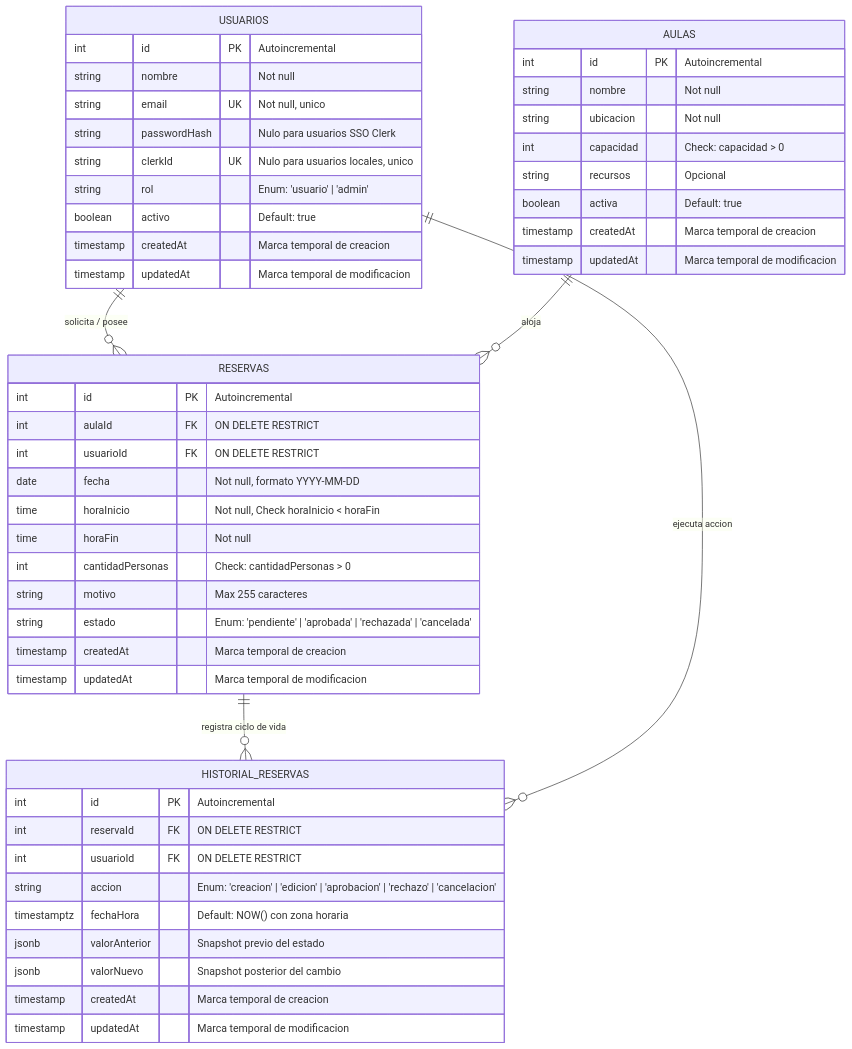
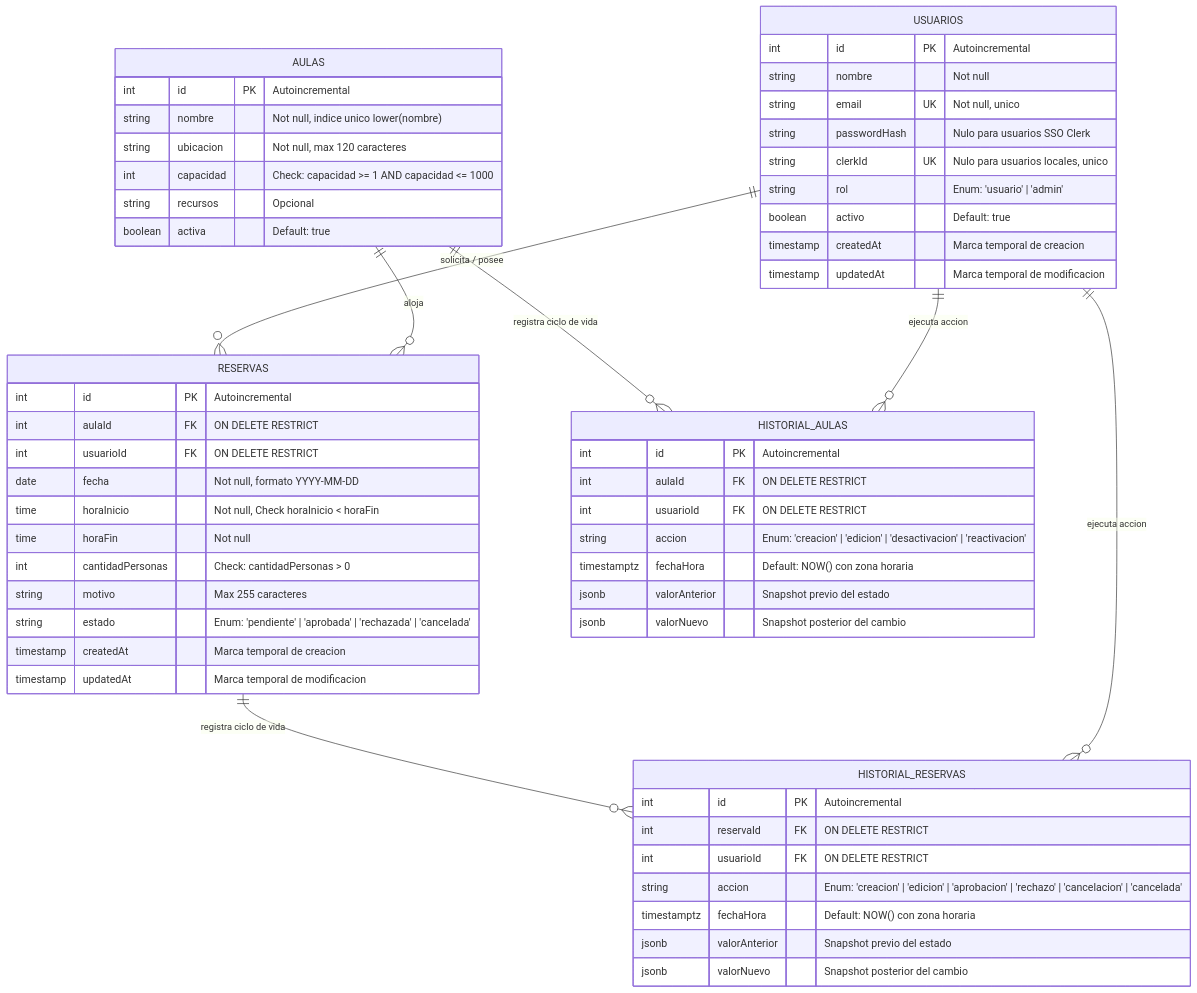
Before and after one commit to GinoPiersigilli/Reservas: the first of 2 diagrams in docs/ARQUITECTURA.md, drawn with Mermaid. The commit also changed other lines of this file and 26 other files, not shown here.

Commit message:
feat(aulas): implementar ABM de aulas para administradores con concurrencia y auditoria

````diff
--- a/docs/ARQUITECTURA.md
+++ b/docs/ARQUITECTURA.md
@@ -81,56 +81,64 @@
 ```mermaid
 erDiagram
     USUARIOS ||--o{ RESERVAS : "solicita / posee"
     AULAS ||--o{ RESERVAS : "aloja"
     RESERVAS ||--o{ HISTORIAL_RESERVAS : "registra ciclo de vida"
     USUARIOS ||--o{ HISTORIAL_RESERVAS : "ejecuta accion"
+    AULAS ||--o{ HISTORIAL_AULAS : "registra ciclo de vida"
+    USUARIOS ||--o{ HISTORIAL_AULAS : "ejecuta accion"
 
     USUARIOS {
         int id PK "Autoincremental"
         string nombre "Not null"
         string email UK "Not null, unico"
         string passwordHash "Nulo para usuarios SSO Clerk"
         string clerkId UK "Nulo para usuarios locales, unico"
         string rol "Enum: 'usuario' | 'admin'"
         boolean activo "Default: true"
         timestamp createdAt "Marca temporal de creacion"
         timestamp updatedAt "Marca temporal de modificacion"
     }
 
     AULAS {
         int id PK "Autoincremental"
-        string nombre "Not null"
-        string ubicacion "Not null"
-        int capacidad "Check: capacidad > 0"
+        string nombre "Not null, indice unico lower(nombre)"
+        string ubicacion "Not null, max 120 caracteres"
+        int capacidad "Check: capacidad >= 1 AND capacidad <= 1000"
         string recursos "Opcional"
         boolean activa "Default: true"
-        timestamp createdAt "Marca temporal de creacion"
-        timestamp updatedAt "Marca temporal de modificacion"
     }
 
     RESERVAS {
         int id PK "Autoincremental"
         int aulaId FK "ON DELETE RESTRICT"
         int usuarioId FK "ON DELETE RESTRICT"
         date fecha "Not null, formato YYYY-MM-DD"
         time horaInicio "Not null, Check horaInicio < horaFin"
         time horaFin "Not null"
         int cantidadPersonas "Check: cantidadPersonas > 0"
         string motivo "Max 255 caracteres"
         string estado "Enum: 'pendiente' | 'aprobada' | 'rechazada' | 'cancelada'"
         timestamp createdAt "Marca temporal de creacion"
         timestamp updatedAt "Marca temporal de modificacion"
     }
 
     HISTORIAL_RESERVAS {
         int id PK "Autoincremental"
         int reservaId FK "ON DELETE RESTRICT"
         int usuarioId FK "ON DELETE RESTRICT"
-        string accion "Enum: 'creacion' | 'edicion' | 'aprobacion' | 'rechazo' | 'cancelacion'"
+        string accion "Enum: 'creacion' | 'edicion' | 'aprobacion' | 'rechazo' | 'cancelacion' | 'cancelada'"
         timestamptz fechaHora "Default: NOW() con zona horaria"
         jsonb valorAnterior "Snapshot previo del estado"
         jsonb valorNuevo "Snapshot posterior del cambio"
-        timestamp createdAt "Marca temporal de creacion"
-        timestamp updatedAt "Marca temporal de modificacion"
+    }
+
+    HISTORIAL_AULAS {
+        int id PK "Autoincremental"
+        int aulaId FK "ON DELETE RESTRICT"
+        int usuarioId FK "ON DELETE RESTRICT"
+        string accion "Enum: 'creacion' | 'edicion' | 'desactivacion' | 'reactivacion'"
+        timestamptz fechaHora "Default: NOW() con zona horaria"
+        jsonb valorAnterior "Snapshot previo del estado"
+        jsonb valorNuevo "Snapshot posterior del cambio"
     }
 ```
````
